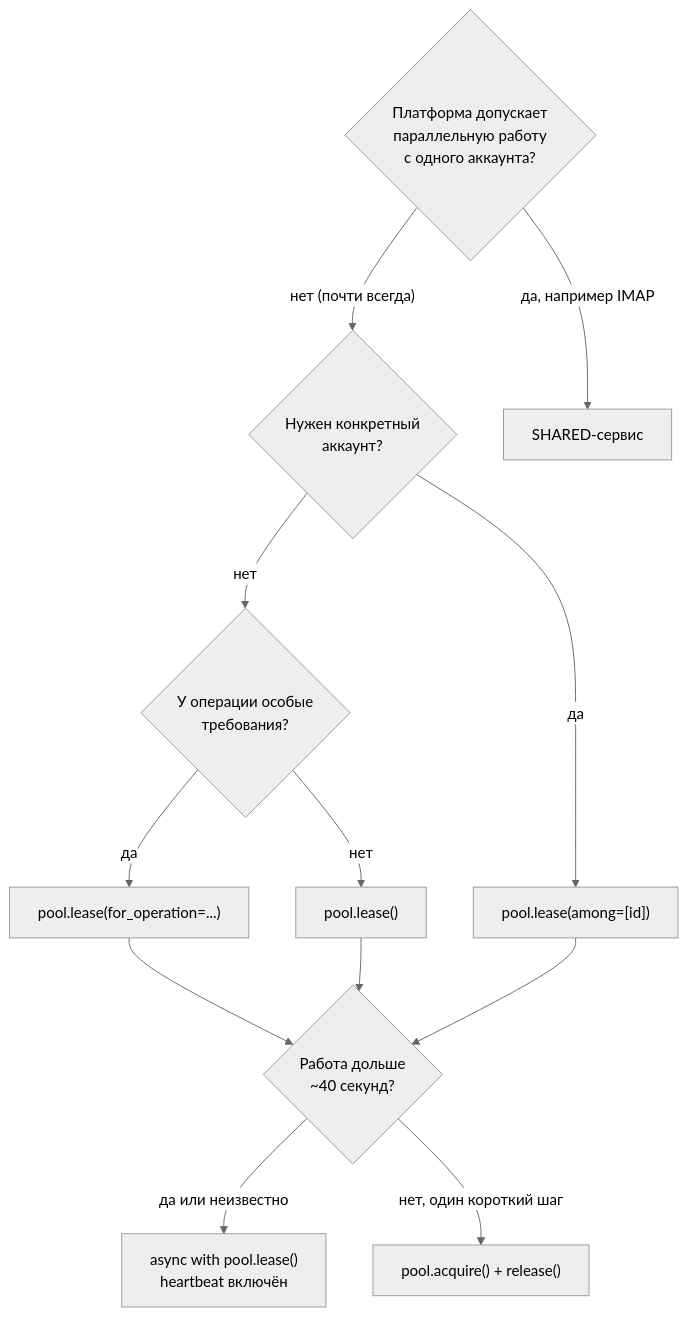
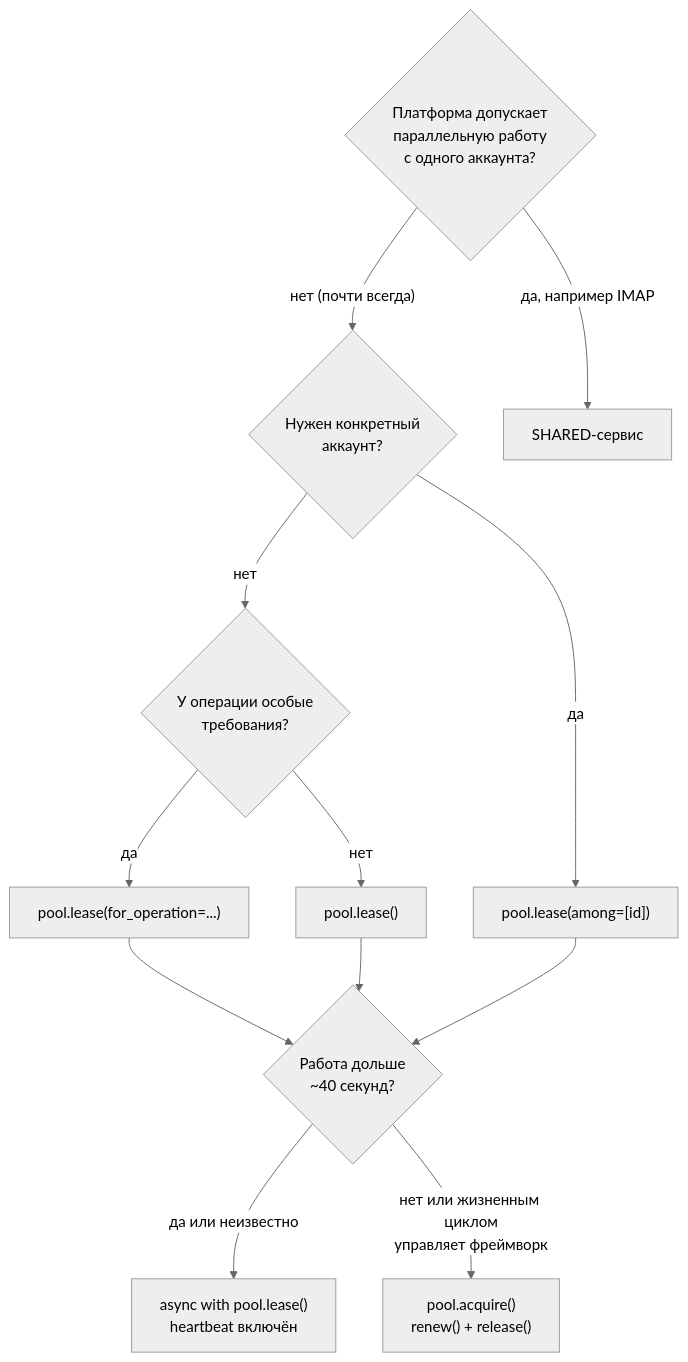
One commit to 0cherednoq/identity-hub changed the first of 2 diagrams in docs/guide/07-leases.md. Above: the diagram before and after it, drawn with Mermaid (neutral theme). The commit also changed other lines of this file and 6 other files, not shown here.

````diff
--- a/docs/guide/07-leases.md
+++ b/docs/guide/07-leases.md
@@ -47,13 +47,13 @@
 ```mermaid
 flowchart TD
     Q1{"Платформа допускает<br/>параллельную работу<br/>с одного аккаунта?"}
     Q1 -- "нет (почти всегда)" --> Q2{"Нужен конкретный<br/>аккаунт?"}
     Q1 -- "да, например IMAP" --> SH["SHARED-сервис"]
     Q2 -- да --> AM["pool.lease(among=[id])"]
     Q2 -- нет --> Q3{"У операции особые<br/>требования?"}
     Q3 -- да --> FO["pool.lease(for_operation=...)"]
     Q3 -- нет --> PL["pool.lease()"]
     FO & PL & AM --> Q4{"Работа дольше<br/>~40 секунд?"}
     Q4 -- "да или неизвестно" --> CM["async with pool.lease()<br/>heartbeat включён"]
-    Q4 -- "нет, один короткий шаг" --> AC["pool.acquire() + release()"]
+    Q4 -- "нет или жизненным циклом<br/>управляет фреймворк" --> AC["pool.acquire()<br/>renew() + release()"]
 ```
````
